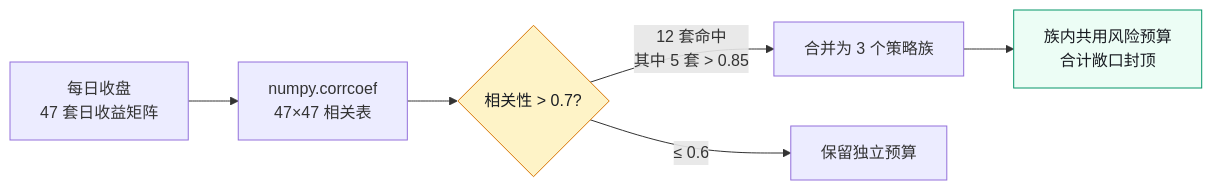
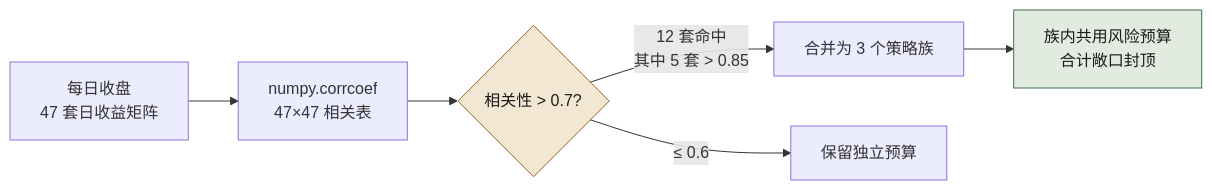
The second of 3 diagrams in docs/manuscript/ch36-案例三-暗流资本.md (funny8kids/AI_Native_Software_Engineering), drawn with Mermaid before and after one commit. The commit also changed other lines of this file and 81 other files, not shown here.

````diff
--- a/docs/manuscript/ch36-案例三-暗流资本.md
+++ b/docs/manuscript/ch36-案例三-暗流资本.md
@@ -168,10 +168,10 @@
 ```mermaid
 flowchart LR
   D1[每日收盘<br/>47 套日收益矩阵] --> D2[numpy.corrcoef<br/>47×47 相关表]
   D2 --> D3{相关性 > 0.7?}
   D3 -->|12 套命中<br/>其中 5 套 > 0.85| D4[合并为 3 个策略族]
   D4 --> D5[族内共用风险预算<br/>合计敞口封顶]
   D3 -->|≤ 0.6| D6[保留独立预算]
-  style D3 fill:#fef3c7,stroke:#d97706,color:#1a1d23
-  style D5 fill:#ecfdf5,stroke:#059669,color:#1a1d23
+  style D3 fill:#f2e7d3,stroke:#9d6127,color:#1e1c19
+  style D5 fill:#e2ebdf,stroke:#3e7247,color:#1e1c19
 ```
````
